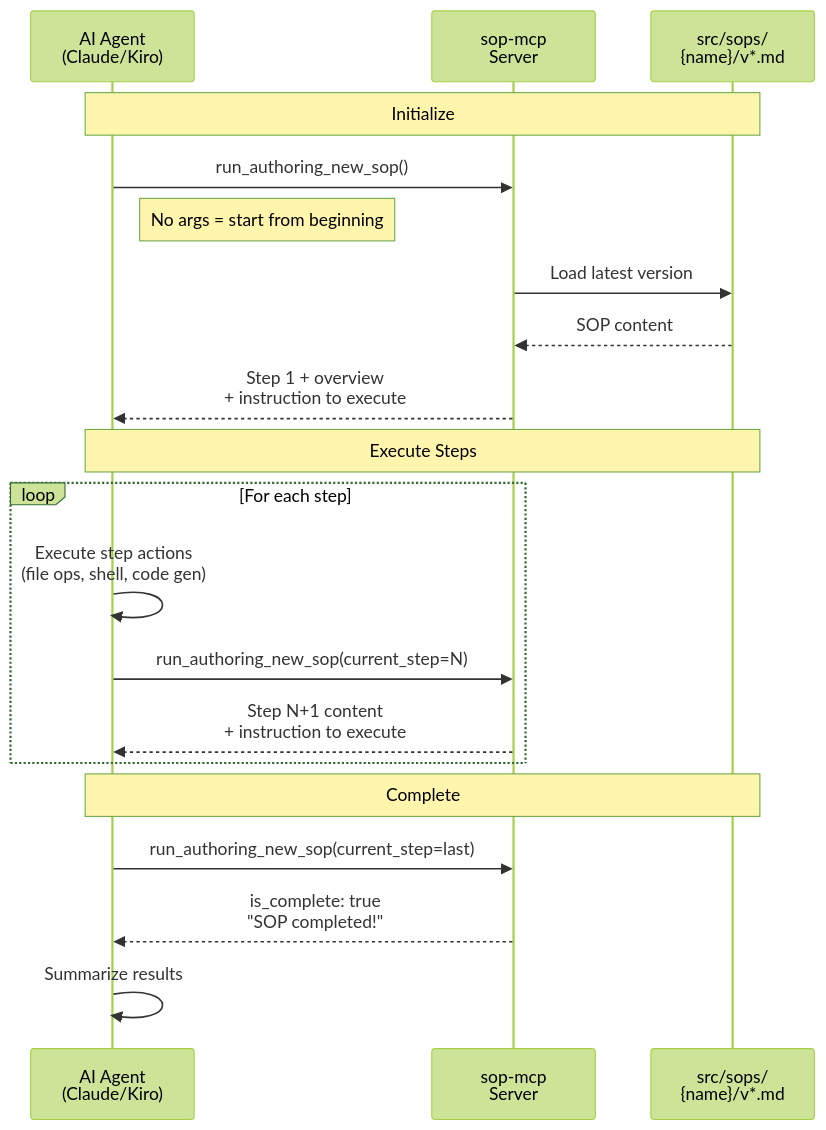
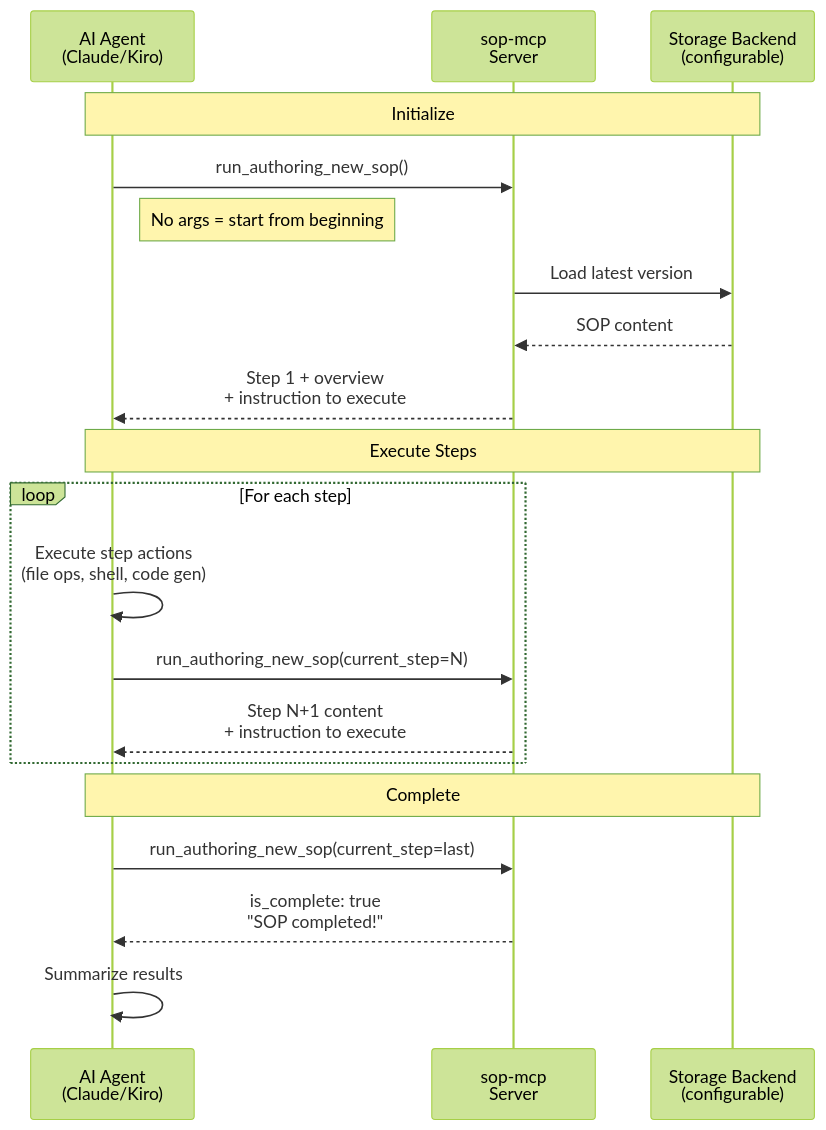
The diagram in README.md (ValueArchitectsAI/sop-mcp), drawn with Mermaid (forest theme) before and after one commit. The commit also changed other lines of this file and 14 other files, not shown here.

````diff
--- a/README.md
+++ b/README.md
@@ -7,25 +7,25 @@
 ```mermaid
 sequenceDiagram
     participant Agent as AI Agent<br/>(Claude/Kiro)
     participant Server as sop-mcp<br/>Server
-    participant Storage as src/sops/<br/>{name}/v*.md
+    participant Storage as Storage Backend<br/>(configurable)
 
     Note over Agent,Storage: Initialize
     Agent->>Server: run_authoring_new_sop()
     Note right of Agent: No args = start from beginning
     Server->>Storage: Load latest version
     Storage-->>Server: SOP content
     Server-->>Agent: Step 1 + overview<br/>+ instruction to execute
 
     Note over Agent,Storage: Execute Steps
     loop For each step
         Agent->>Agent: Execute step actions<br/>(file ops, shell, code gen)
         Agent->>Server: run_authoring_new_sop(current_step=N)
         Server-->>Agent: Step N+1 content<br/>+ instruction to execute
     end
 
     Note over Agent,Storage: Complete
     Agent->>Server: run_authoring_new_sop(current_step=last)
     Server-->>Agent: is_complete: true<br/>"SOP completed!"
     Agent->>Agent: Summarize results
 ```
````
